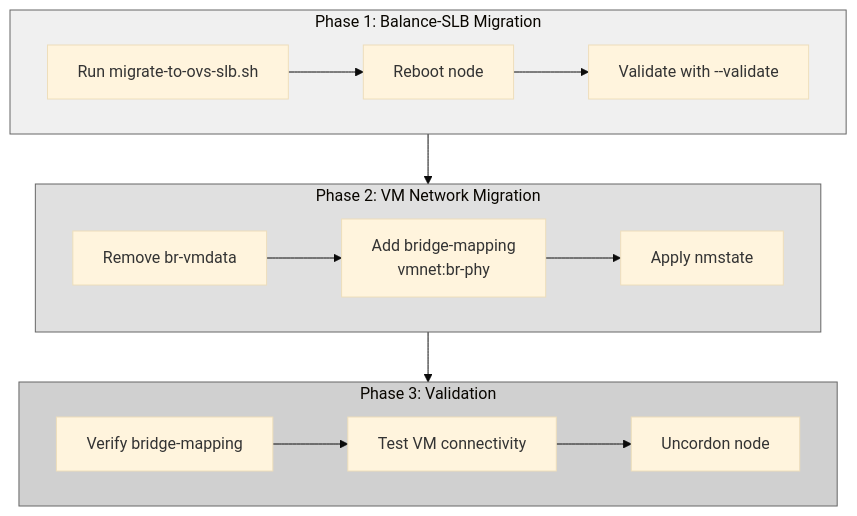
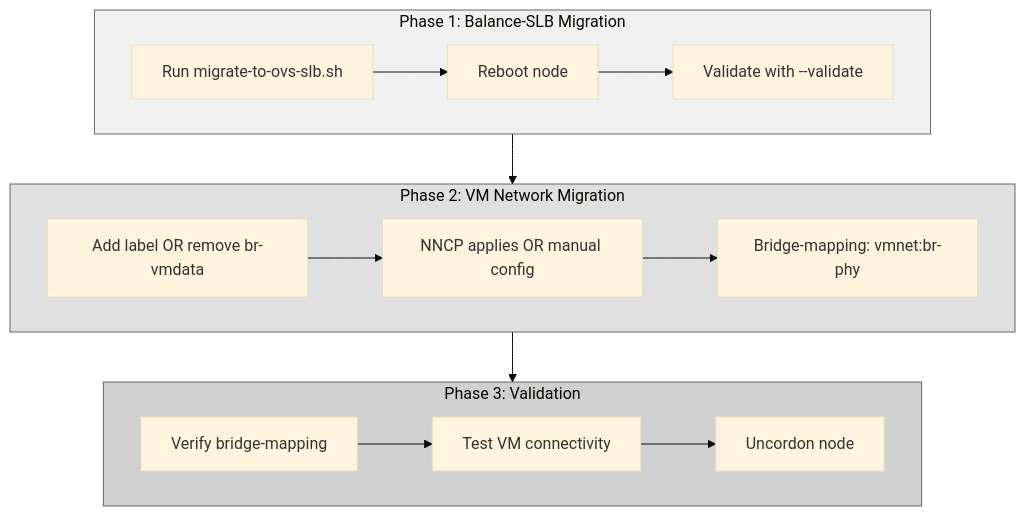
The eighth of 8 diagrams in hcp-balance-slb/OPENSHIFT-VIRTUALIZATION-VMNET-BALANCE-SLB.md (linuxelitebr/openshift-balance-slb), drawn with Mermaid (base theme) before and after one commit. The commit also changed other lines of this file, not shown here.

````diff
--- a/hcp-balance-slb/OPENSHIFT-VIRTUALIZATION-VMNET-BALANCE-SLB.md
+++ b/hcp-balance-slb/OPENSHIFT-VIRTUALIZATION-VMNET-BALANCE-SLB.md
@@ -1276,24 +1389,24 @@
 ```mermaid
 flowchart TB
     subgraph Phase1["Phase 1: Balance-SLB Migration"]
         P1A["Run migrate-to-ovs-slb.sh"] --> P1B["Reboot node"]
         P1B --> P1C["Validate with --validate"]
     end
     
     subgraph Phase2["Phase 2: VM Network Migration"]
-        P2A["Remove br-vmdata"] --> P2B["Add bridge-mapping<br/>vmnet:br-phy"]
-        P2B --> P2C["Apply nmstate"]
+        P2A["Add label OR remove br-vmdata"] --> P2B["NNCP applies OR manual config"]
+        P2B --> P2C["Bridge-mapping: vmnet:br-phy"]
     end
     
     subgraph Phase3["Phase 3: Validation"]
         P3A["Verify bridge-mapping"] --> P3B["Test VM connectivity"]
         P3B --> P3C["Uncordon node"]
     end
     
     Phase1 --> Phase2
     Phase2 --> Phase3
     
     style Phase1 fill:#f0f0f0,stroke:#666
     style Phase2 fill:#e0e0e0,stroke:#666
     style Phase3 fill:#d0d0d0,stroke:#666
 ```
````
